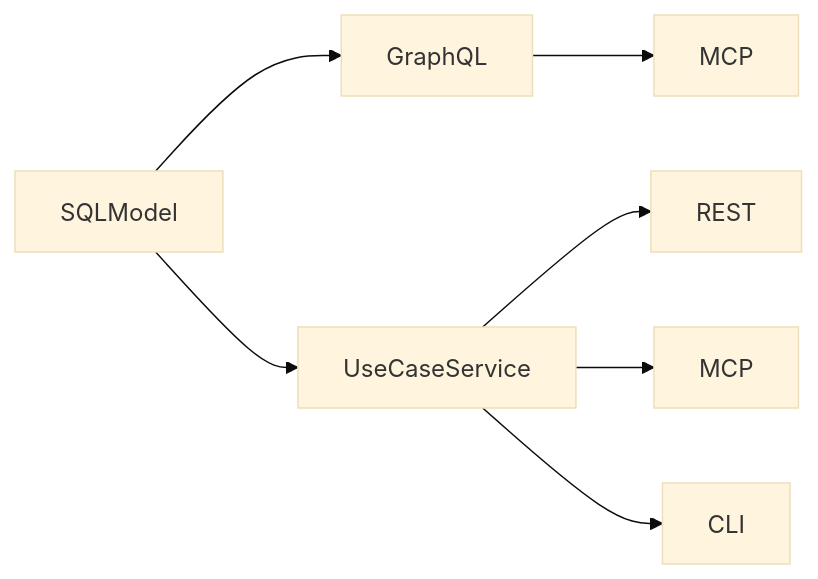
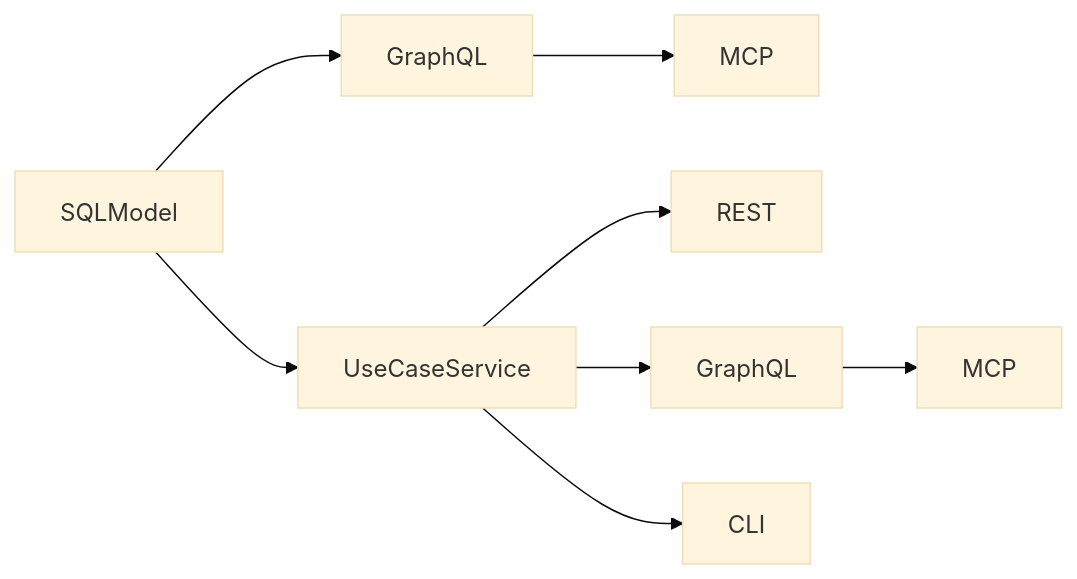
The diagram in README.md (KLR-Pattern/nexusx), drawn with Mermaid (base theme) before and after one commit.

Commit message:
fix(docs): update flowchart to reflect correct service relationships

````diff
--- a/README.md
+++ b/README.md
@@ -10,12 +10,13 @@
 ```mermaid
 flowchart LR
     sqlmodel["SQLModel"]
 
     sqlmodel --> graphql["GraphQL"]
     graphql --> mcp1["MCP"]
 
     sqlmodel --> usecase["UseCaseService"]
     usecase --> rest["REST"]
-    usecase --> mcp2["MCP"]
+    usecase --> graphql2["GraphQL"]
     usecase --> cli["CLI"]
+    graphql2 --> mcp2["MCP"]
 ```
````
